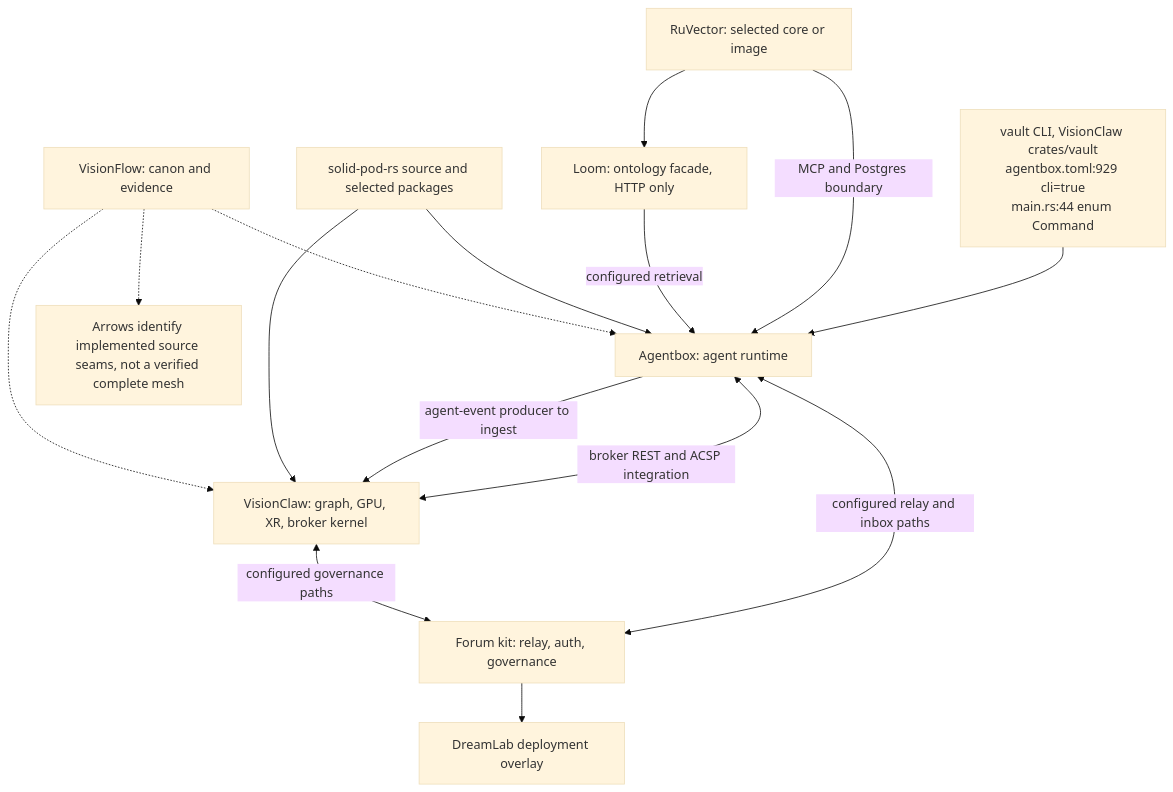
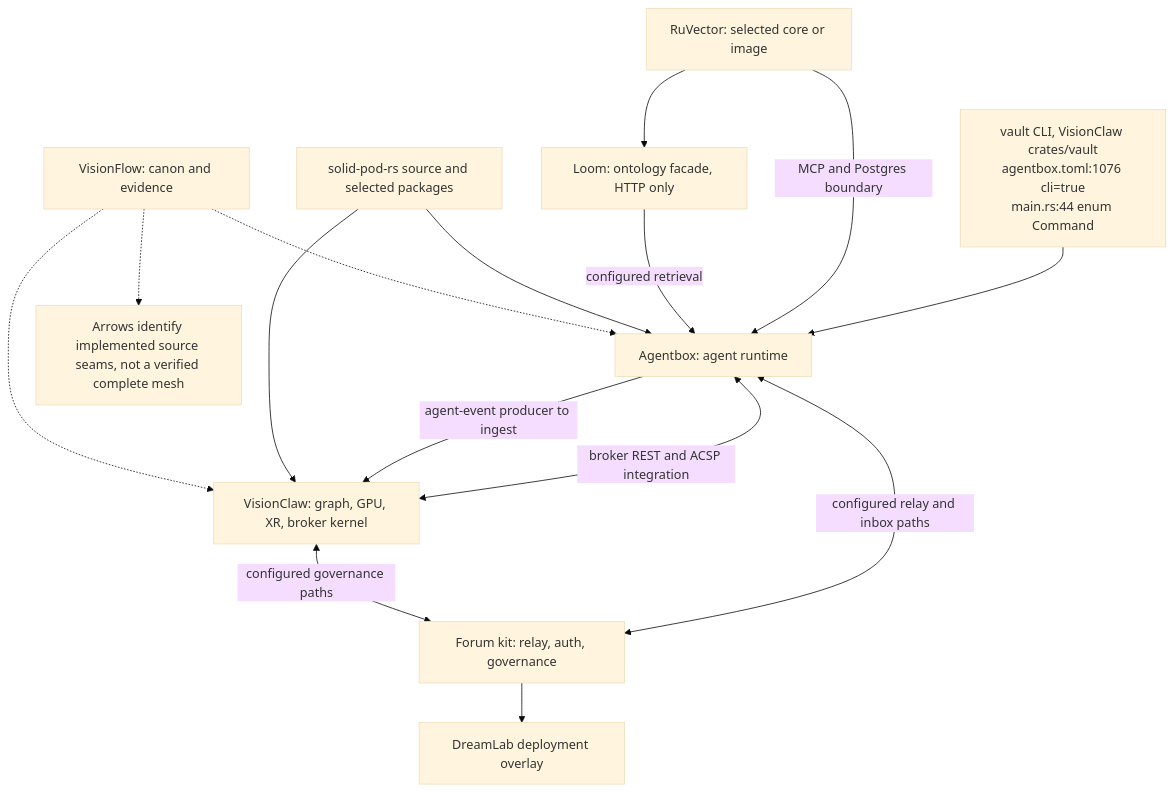
One commit to DreamLab-AI/VisionFlow changed the first of 6 diagrams in docs/diagrams/visionflow/08-compatibility-and-dependency-direction.md. Above: the diagram before and after it, drawn with Mermaid (base theme). The commit also changed other lines of this file and 80 other files, not shown here.

First line of the commit message:
docs(diagrams): re-verify the agentbox, dreamlab, estate and visionflow corpus against current sources

````diff
--- a/docs/diagrams/visionflow/08-compatibility-and-dependency-direction.md
+++ b/docs/diagrams/visionflow/08-compatibility-and-dependency-direction.md
@@ -37,18 +37,18 @@
 ```mermaid
 flowchart TB
     VF["VisionFlow: canon and evidence"] -.-> VC["VisionClaw: graph, GPU, XR, broker kernel"]
     VF -.-> AB["Agentbox: agent runtime"]
     SPR["solid-pod-rs source and selected packages"] --> VC
     SPR --> AB
     NRF["Forum kit: relay, auth, governance"] --> DLW["DreamLab deployment overlay"]
     AB -->|agent-event producer to ingest| VC
     AB <-->|broker REST and ACSP integration| VC
     VC <-->|configured governance paths| NRF
     AB <-->|configured relay and inbox paths| NRF
     LOOM["Loom: ontology facade, HTTP only"] -->|configured retrieval| AB
     RV["RuVector: selected core or image"] --> LOOM
     RV -->|MCP and Postgres boundary| AB
-    VAULT["vault CLI, VisionClaw crates/vault<br/>agentbox.toml:929 cli=true<br/>main.rs:44 enum Command"] --> AB
+    VAULT["vault CLI, VisionClaw crates/vault<br/>agentbox.toml:1076 cli=true<br/>main.rs:44 enum Command"] --> AB
     SCOPE["Arrows identify implemented source seams, not a verified complete mesh"]
     VF -.-> SCOPE
 ```
````
